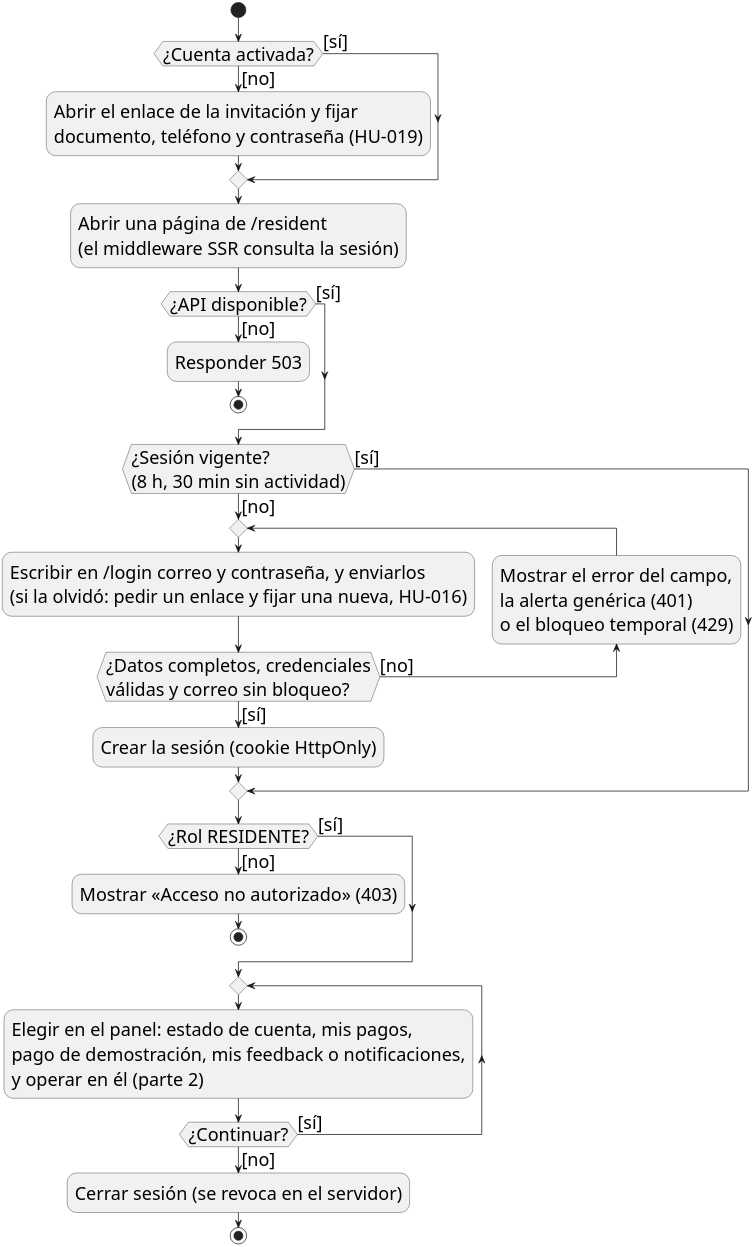
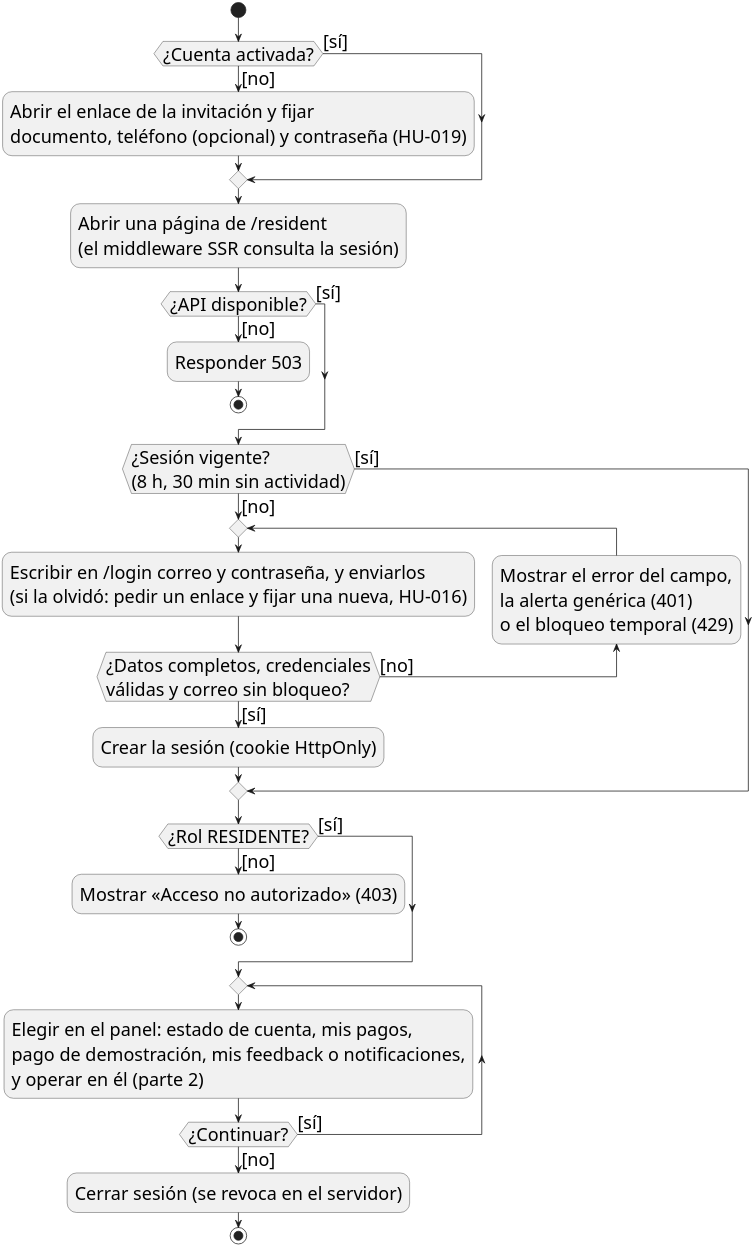
The diagram in docs/entrega-objetivos/actividades/actividades-residente-parte1.puml (yilberDev/SoftPh-Academico), drawn with PlantUML before and after one commit. The commit also changed 10 other files, not shown here.

First line of the commit message:
docs(diagrams): separate payments relations, unify late-fee box, add confirmation

```diff
--- a/docs/entrega-objetivos/actividades/actividades-residente-parte1.puml
+++ b/docs/entrega-objetivos/actividades/actividades-residente-parte1.puml
@@ -1,49 +1,49 @@
 @startuml
 ' Diagrama de actividades UML del residente, parte 1 de 2 (Figura 8, DA-02): activación, acceso y
 ' navegación por el panel. La parte 2 detalla las operaciones de cada módulo.
 ' Flujo tomado del código de la versión v1.1-academico:
 '   pages/activate-account.astro (HU-019)                 activación con el enlace de la invitación
 '   pages/forgot-password.astro y reset-password.astro    restablecimiento de la contraseña (HU-016)
 '   frontend/src/middleware.ts y lib/auth/page-access.ts  503 sin API · /login sin sesión · 403 con otro rol
 '   lib/auth/roles.ts                                     /resident solo para RESIDENTE; su inicio es /resident
 '   pages/login.astro y lib/auth/login-form.ts           error del campo · alerta genérica (401) · bloqueo (429)
 ' Cada decisión tiene sus dos guardas [sí] / [no].
 skinparam dpi 300
 skinparam monochrome true
 skinparam backgroundColor white
 skinparam shadowing false
 skinparam defaultFontName Helvetica
 skinparam defaultFontSize 24
 
 ' Título (no se dibuja; lo pone el pie de figura del informe): Flujo de actividades del residente (DA-02), parte 1 de 2: activación, acceso y navegación
 
 start
 if (¿Cuenta activada?) then ([no])
-  :Abrir el enlace de la invitación y fijar\ndocumento, teléfono y contraseña (HU-019);
+  :Abrir el enlace de la invitación y fijar\ndocumento, teléfono (opcional) y contraseña (HU-019);
 else ([sí])
 endif
 :Abrir una página de /resident\n(el middleware SSR consulta la sesión);
 if (¿API disponible?) then ([no])
   :Responder 503;
   stop
 else ([sí])
 endif
 if (¿Sesión vigente?\n(8 h, 30 min sin actividad)) then ([no])
   repeat
     :Escribir en /login correo y contraseña, y enviarlos\n(si la olvidó: pedir un enlace y fijar una nueva, HU-016);
   backward:Mostrar el error del campo,\nla alerta genérica (401)\no el bloqueo temporal (429);
   repeat while (¿Datos completos, credenciales\nválidas y correo sin bloqueo?) is ([no]) not ([sí])
   :Crear la sesión (cookie HttpOnly);
 else ([sí])
 endif
 if (¿Rol RESIDENTE?) then ([no])
   :Mostrar «Acceso no autorizado» (403);
   stop
 else ([sí])
 endif
 repeat
   :Elegir en el panel: estado de cuenta, mis pagos,\npago de demostración, mis feedback o notificaciones,\ny operar en él (parte 2);
 repeat while (¿Continuar?) is ([sí]) not ([no])
 :Cerrar sesión (se revoca en el servidor);
 stop
 @enduml
```
